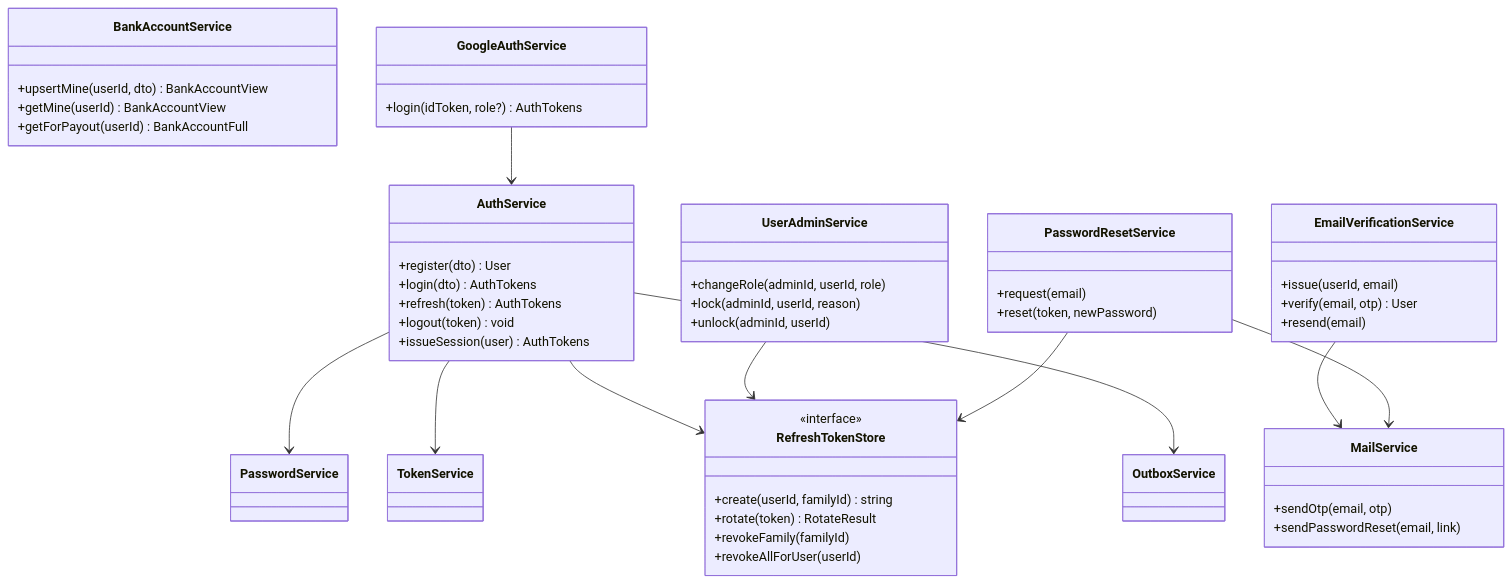
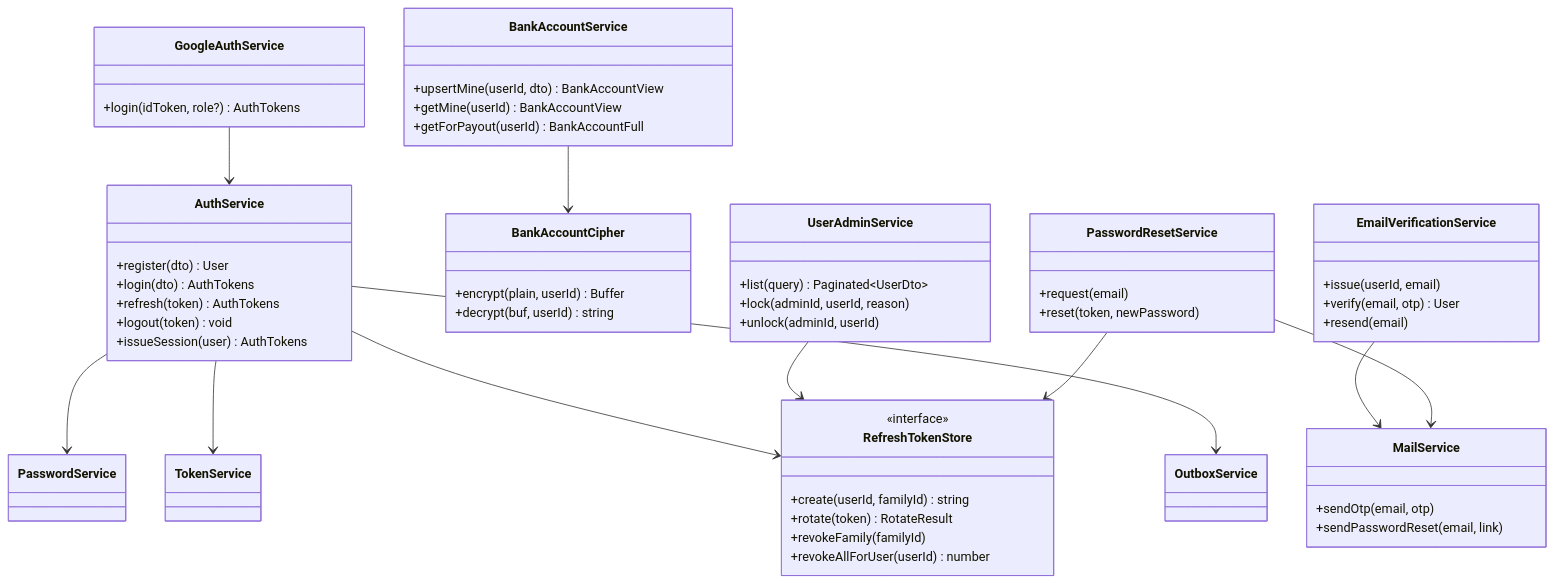
The diagram in project-knowledge/design/IDENTITY/RE.IDENTITY/Component_Class_Design.md (ITHoangLV/Realestate_Microservice), drawn with Mermaid before and after one commit. The commit also changed other lines of this file and 13 other files, not shown here.

````diff
--- a/project-knowledge/design/IDENTITY/RE.IDENTITY/Component_Class_Design.md
+++ b/project-knowledge/design/IDENTITY/RE.IDENTITY/Component_Class_Design.md
@@ -40,52 +43,57 @@
 ```mermaid
 classDiagram
     class AuthService {
       +register(dto) User
       +login(dto) AuthTokens
       +refresh(token) AuthTokens
       +logout(token) void
       +issueSession(user) AuthTokens
     }
     class RefreshTokenStore {
       <<interface>>
       +create(userId, familyId) string
       +rotate(token) RotateResult
       +revokeFamily(familyId)
-      +revokeAllForUser(userId)
+      +revokeAllForUser(userId) number
     }
     class BankAccountService {
       +upsertMine(userId, dto) BankAccountView
       +getMine(userId) BankAccountView
       +getForPayout(userId) BankAccountFull
     }
+    class BankAccountCipher {
+      +encrypt(plain, userId) Buffer
+      +decrypt(buf, userId) string
+    }
     class UserAdminService {
-      +changeRole(adminId, userId, role)
+      +list(query) Paginated~UserDto~
       +lock(adminId, userId, reason)
       +unlock(adminId, userId)
     }
     class EmailVerificationService {
       +issue(userId, email)
       +verify(email, otp) User
       +resend(email)
     }
     class PasswordResetService {
       +request(email)
       +reset(token, newPassword)
     }
     class GoogleAuthService {
       +login(idToken, role?) AuthTokens
     }
     class MailService {
       +sendOtp(email, otp)
       +sendPasswordReset(email, link)
     }
     AuthService --> PasswordService
     AuthService --> TokenService
     AuthService --> RefreshTokenStore
     AuthService --> OutboxService
+    BankAccountService --> BankAccountCipher
     UserAdminService --> RefreshTokenStore
     EmailVerificationService --> MailService
     PasswordResetService --> MailService
     PasswordResetService --> RefreshTokenStore
     GoogleAuthService --> AuthService
 ```
````
